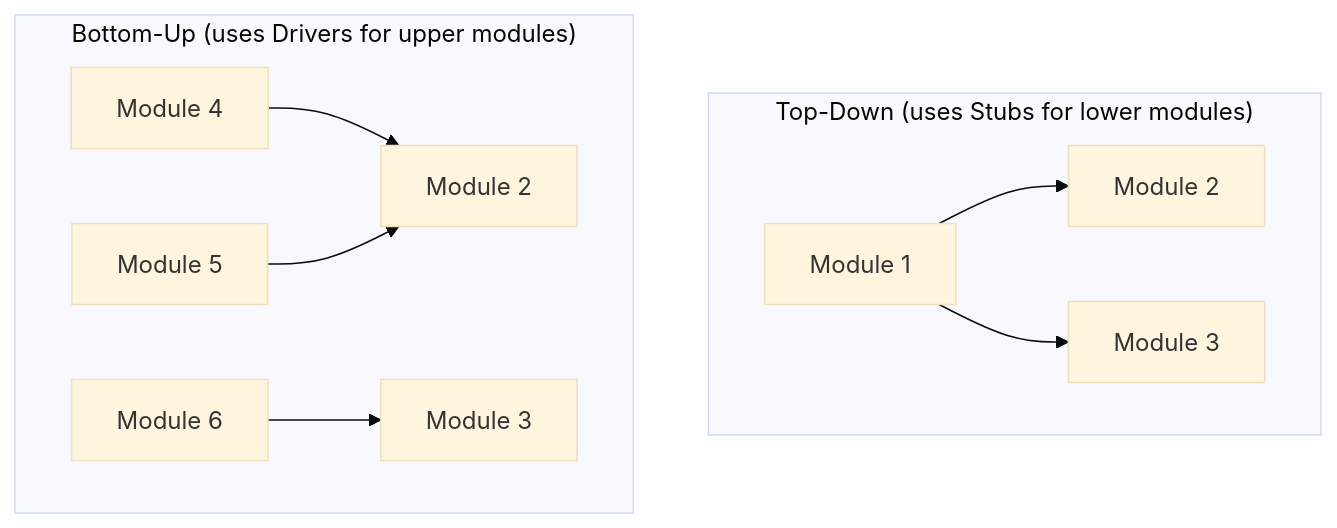
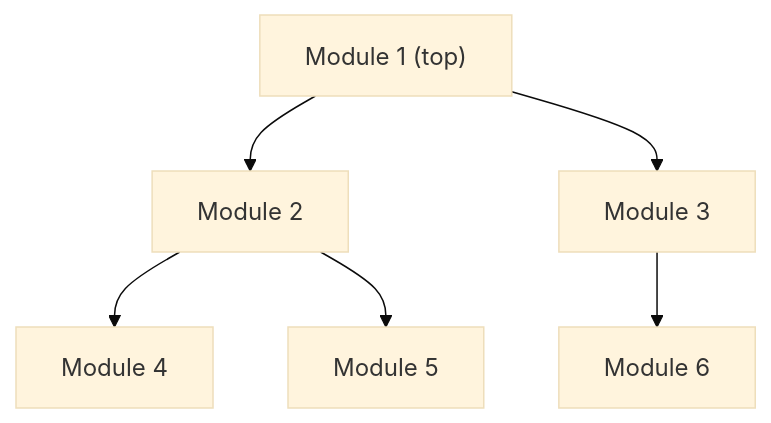
Before and after one commit to Ajay120503/ST_Notes: diagram 16 of 41 in README.md, drawn with Mermaid (base theme). The commit also changed other lines of this file, not shown here.

````diff
--- a/README.md
+++ b/README.md
@@ -304,12 +521,8 @@
 ```mermaid
 flowchart TD
-    subgraph "Top-Down (uses Stubs for lower modules)"
-    M1[Module 1] --> M2[Module 2]
-    M1 --> M3[Module 3]
-    end
-    subgraph "Bottom-Up (uses Drivers for upper modules)"
-    M4[Module 4] --> M2b[Module 2]
-    M5[Module 5] --> M2b
-    M6[Module 6] --> M3b[Module 3]
-    end
+    M1["Module 1 (top)"] --> M2["Module 2"]
+    M1 --> M3["Module 3"]
+    M2 --> M4["Module 4"]
+    M2 --> M5["Module 5"]
+    M3 --> M6["Module 6"]
 ```
````
